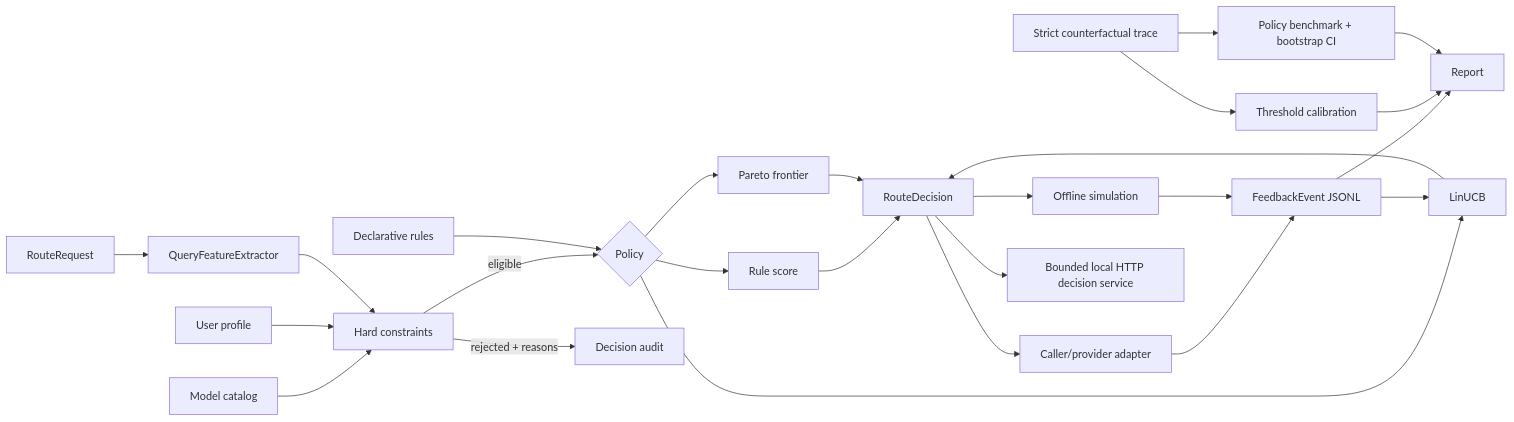
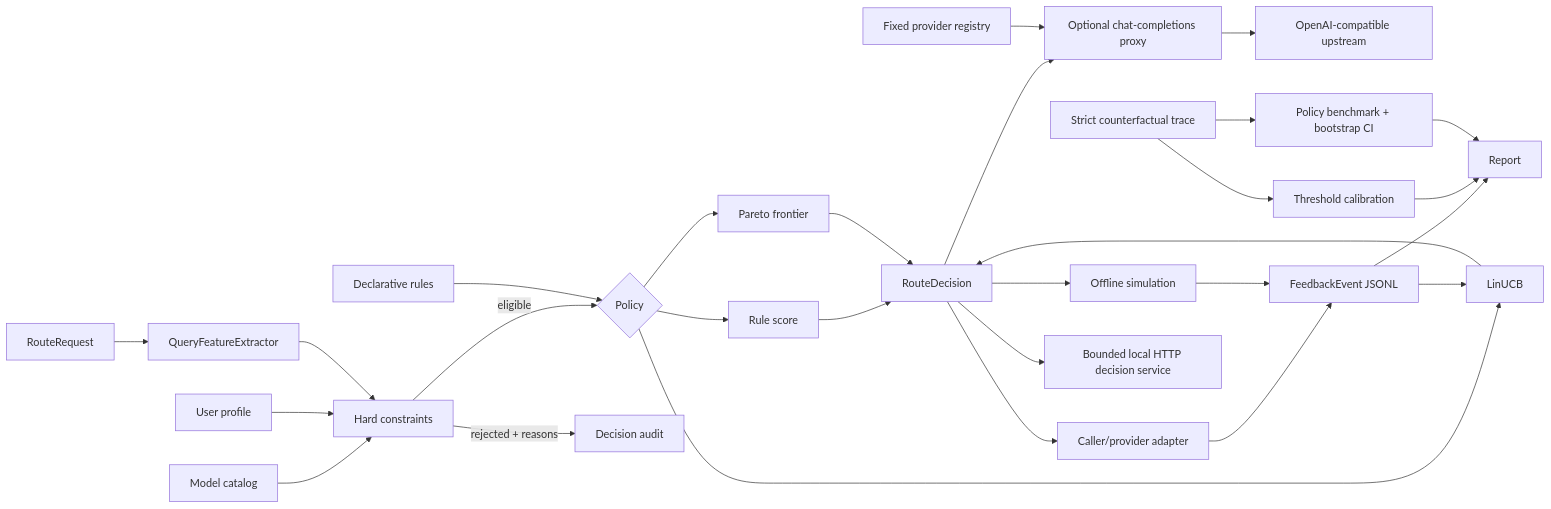
Before and after one commit to appleweiping/FacetRoute: the diagram in README.md, drawn with Mermaid. The commit also changed other lines of this file and 14 other files, not shown here.

Commit message:
Add bounded OpenAI-compatible provider execution

````diff
--- a/README.md
+++ b/README.md
@@ -36,27 +39,30 @@
 ```mermaid
 flowchart LR
     Q[RouteRequest] --> F[QueryFeatureExtractor]
     C[Model catalog] --> H[Hard constraints]
     P[User profile] --> H
     F --> H
     H -->|eligible| S{Policy}
     H -->|rejected + reasons| X[Decision audit]
     R[Declarative rules] --> S
     S --> A[Rule score]
     S --> B[Pareto frontier]
     S --> U[LinUCB]
     A --> D[RouteDecision]
     B --> D
     U --> D
     D --> E[Offline simulation]
     D --> APP[Caller/provider adapter]
+    D --> PX[Optional chat-completions proxy]
+    REG[Fixed provider registry] --> PX
+    PX --> UP[OpenAI-compatible upstream]
     APP --> FB[FeedbackEvent JSONL]
     E --> FB
     FB --> U
     FB --> REP[Report]
     T[Strict counterfactual trace] --> CAL[Threshold calibration]
     T --> BENCH[Policy benchmark + bootstrap CI]
     CAL --> REP
     BENCH --> REP
     D --> HTTP[Bounded local HTTP decision service]
 ```
````
